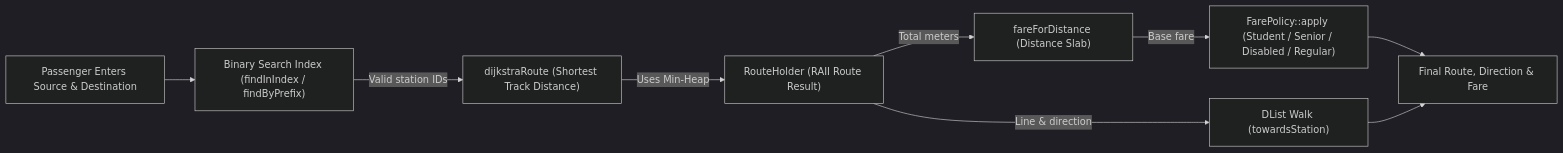
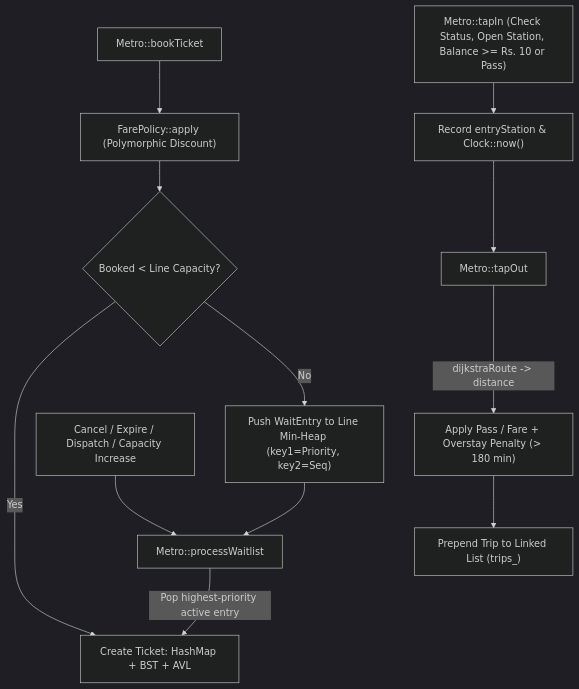
Before and after one commit to Hardikrawat05/Metro-Transit-System-PBL: the third of 3 diagrams in README.md, drawn with Mermaid (dark theme). The commit also changed other lines of this file and 39 other files, not shown here.

````diff
--- a/README.md
+++ b/README.md
@@ -105,11 +116,16 @@
 ```mermaid
-flowchart LR
-    Input["Passenger Enters Source & Destination"] --> Lookup["Binary Search Index (findInIndex / findByPrefix)"]
-    Lookup -->|"Valid station IDs"| Route["dijkstraRoute (Shortest Track Distance)"]
-    Route -->|"Uses Min-Heap"| Path["RouteHolder (RAII Route Result)"]
-    Path -->|"Total meters"| Base["fareForDistance (Distance Slab)"]
-    Base -->|"Base fare"| Policy["FarePolicy::apply (Student / Senior / Disabled / Regular)"]
-    Path -->|"Line & direction"| Dir["DList Walk (towardsStation)"]
-    Policy --> Output["Final Route, Direction & Fare"]
-    Dir --> Output
+flowchart TD
+    Book["Metro::bookTicket"] --> Policy["FarePolicy::apply (Polymorphic Discount)"]
+    Policy --> Cap{"Booked < Line Capacity?"}
+    Cap -->|Yes| Confirm["Create Ticket: HashMap + BST + AVL"]
+    Cap -->|No| Wait["Push WaitEntry to Line Min-Heap (key1=Priority, key2=Seq)"]
+
+    Cancel["Cancel / Expire / Dispatch / Capacity Increase"] --> Promote["Metro::processWaitlist"]
+    Wait --> Promote
+    Promote -->|"Pop highest-priority active entry"| Confirm
+
+    TapIn["Metro::tapIn (Check Status, Open Station, Balance >= Rs. 10 or Pass)"] --> Inside["Record entryStation & Clock::now()"]
+    Inside --> TapOut["Metro::tapOut"]
+    TapOut -->|"dijkstraRoute -> distance"| Deduct["Apply Pass / Fare + Overstay Penalty (> 180 min)"]
+    Deduct --> History["Prepend Trip to Linked List (trips_)"]
 ```
````
